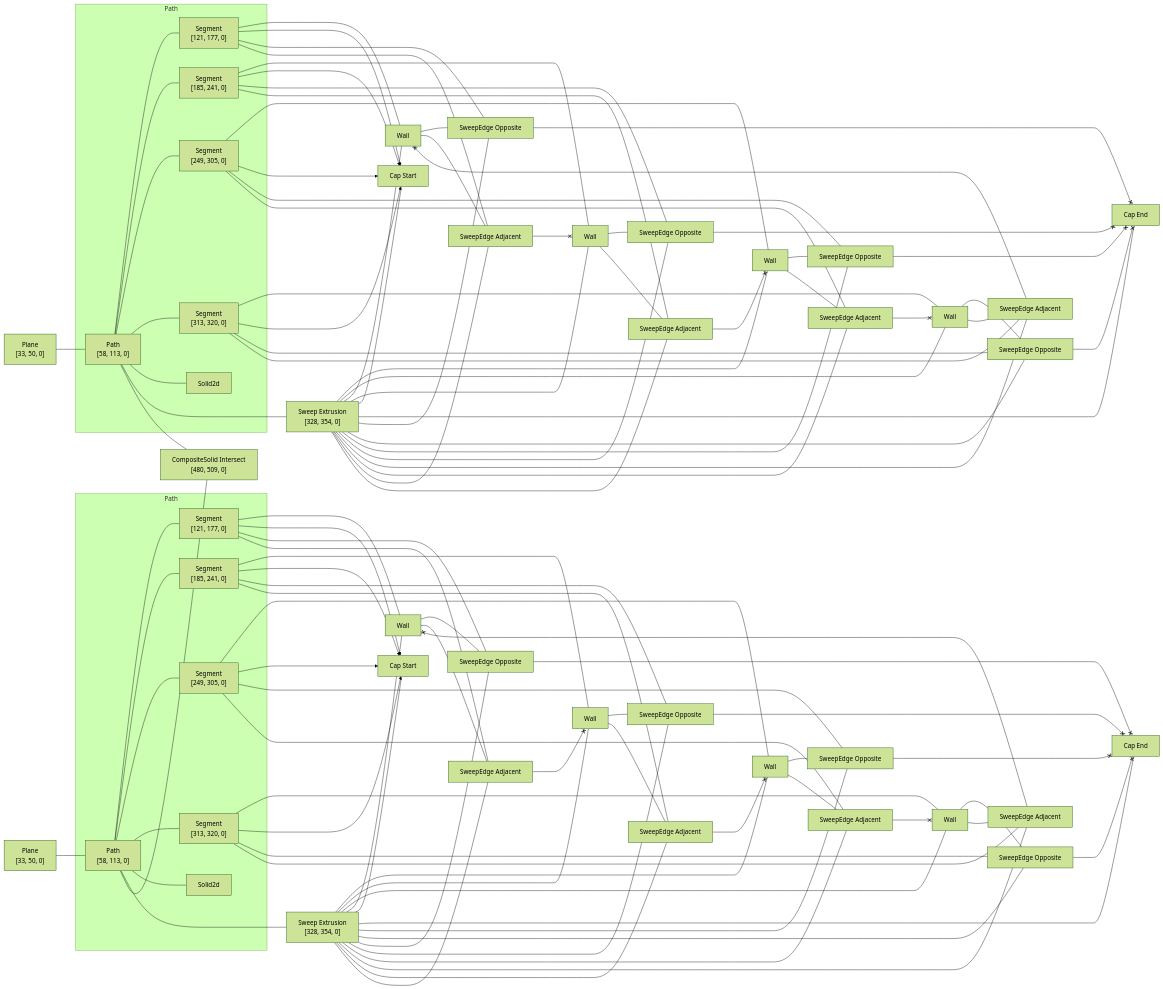
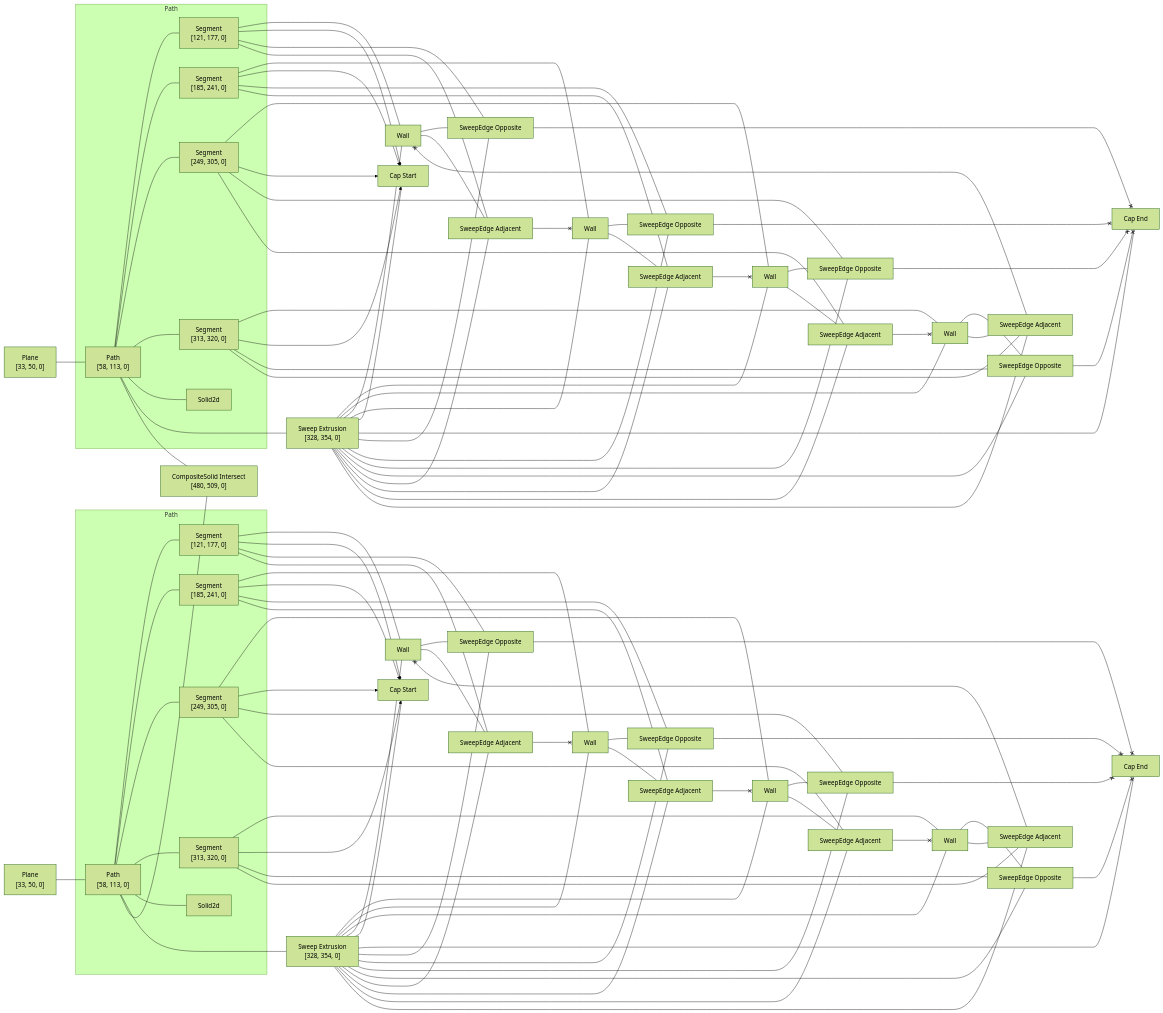
Before and after one commit to rajgandhi1/modeling-app: the diagram in rust/kcl-lib/tests/intersect_cubes/artifact_graph_flowchart.snap.md, drawn with Mermaid (forest theme). The commit also changed 101 other files, not shown here.

```diff
--- a/rust/kcl-lib/tests/intersect_cubes/artifact_graph_flowchart.snap.md
+++ b/rust/kcl-lib/tests/intersect_cubes/artifact_graph_flowchart.snap.md
@@ -68,35 +68,35 @@
   5 --- 24
   5 x--> 26
   5 --- 34
-  5 --- 44
+  5 --- 42
   6 --- 21
   6 x--> 27
-  6 --- 32
-  6 --- 41
+  6 --- 30
+  6 --- 38
   7 --- 19
   7 x--> 27
-  7 --- 33
-  7 --- 40
+  7 --- 31
+  7 --- 39
   8 --- 25
   8 x--> 26
-  8 --- 37
-  8 --- 45
+  8 --- 35
+  8 --- 43
   9 --- 22
   9 x--> 26
   9 --- 36
-  9 --- 43
+  9 --- 44
   10 --- 18
   10 x--> 27
-  10 --- 30
-  10 --- 38
+  10 --- 32
+  10 --- 40
   11 --- 23
   11 x--> 26
-  11 --- 35
-  11 --- 42
+  11 --- 37
+  11 --- 45
   12 --- 20
   12 x--> 27
-  12 --- 31
-  12 --- 39
+  12 --- 33
+  12 --- 41
   15 --- 18
   15 --- 19
   15 --- 20
@@ -125,30 +125,30 @@
   16 --- 43
   16 --- 44
   16 --- 45
-  18 --- 30
-  18 --- 38
-  40 <--x 18
-  19 --- 33
-  19 --- 40
-  41 <--x 19
-  20 --- 31
-  38 <--x 20
-  20 --- 39
-  21 --- 32
-  39 <--x 21
-  21 --- 41
+  18 --- 32
+  39 <--x 18
+  18 --- 40
+  19 --- 31
+  38 <--x 19
+  19 --- 39
+  20 --- 33
+  40 <--x 20
+  20 --- 41
+  21 --- 30
+  21 --- 38
+  41 <--x 21
   22 --- 36
-  22 --- 43
-  45 <--x 22
-  23 --- 35
-  23 --- 42
-  43 <--x 23
+  43 <--x 22
+  22 --- 44
+  23 --- 37
+  44 <--x 23
+  23 --- 45
   24 --- 34
-  42 <--x 24
-  24 --- 44
-  25 --- 37
-  44 <--x 25
-  25 --- 45
+  24 --- 42
+  45 <--x 24
+  25 --- 35
+  42 <--x 25
+  25 --- 43
   34 <--x 28
   35 <--x 28
   36 <--x 28
```
